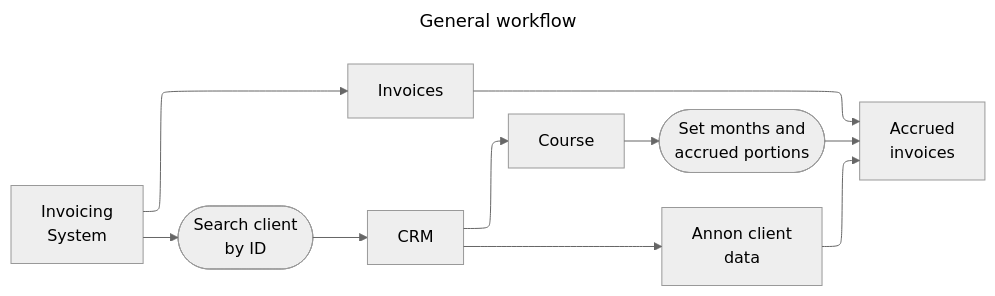
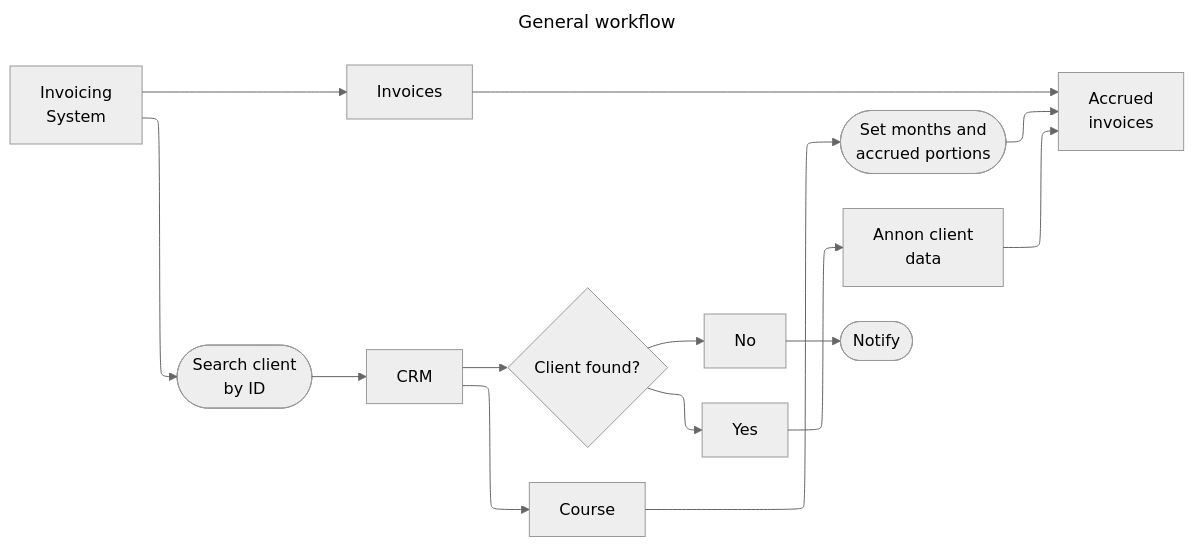
Before and after one commit to marcogonzalo/devengo: the first of 2 diagrams in README.md, drawn with Mermaid. The commit also changed other lines of this file, not shown here.

````diff
--- a/README.md
+++ b/README.md
@@ -48,31 +50,33 @@
 ```mermaid
 ---
 title: General workflow
 config:
   layout: elk
   theme: neutral
 ---
 %%{init: {"flowchart": {"htmlLabels": false}} }%%
 flowchart LR;
     external_invoices["Invoicing
 System"];
     search_client(["Search client
 by ID"]);
     accrued_portions(["Set months and
 accrued portions"]);
     invoices["Invoices"];
     accrued_invoices["Accrued
 invoices"];
     client["Annon client
 data"];
 
     external_invoices-->search_client;
     search_client-->CRM;
-    CRM-->client;
+    CRM-->client_found{"Client found?"}
+    client_found-->No-->notify(["Notify"])
+    client_found-->Yes-->client;
     CRM-->Course;
     Course-->accrued_portions;
     external_invoices-->invoices;
     invoices-->accrued_invoices;
     client-->accrued_invoices;
     accrued_portions-->accrued_invoices;
 ```
````
